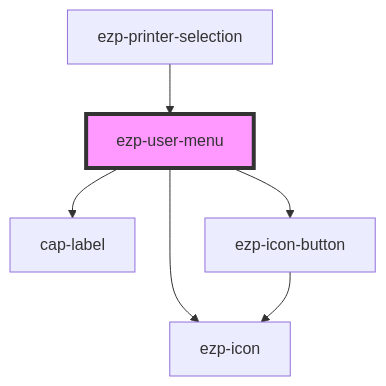
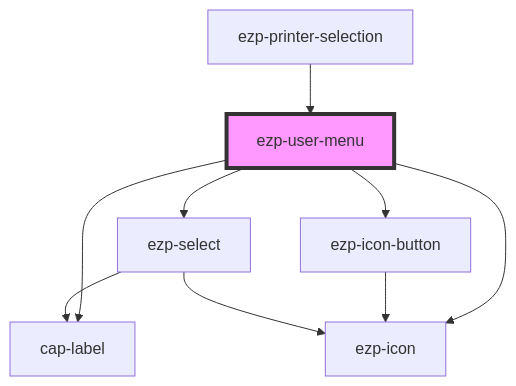
One commit to ezeep/ezeep-js changed the diagram in src/components/ezp-user-menu/readme.md. Above: the diagram before and after it, drawn with Mermaid. The commit also changed other lines of this file and 11 other files, not shown here.

````diff
--- a/src/components/ezp-user-menu/readme.md
+++ b/src/components/ezp-user-menu/readme.md
@@ -32,9 +33,12 @@
 ```mermaid
 graph TD;
   ezp-user-menu --> cap-label
   ezp-user-menu --> ezp-icon-button
+  ezp-user-menu --> ezp-select
   ezp-user-menu --> ezp-icon
   ezp-icon-button --> ezp-icon
+  ezp-select --> ezp-icon
+  ezp-select --> cap-label
   ezp-printer-selection --> ezp-user-menu
   style ezp-user-menu fill:#f9f,stroke:#333,stroke-width:4px
 ```
````
